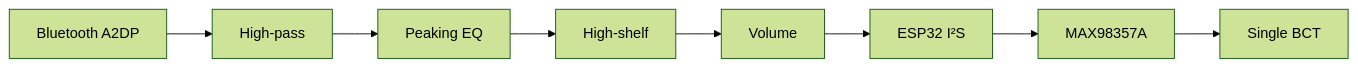
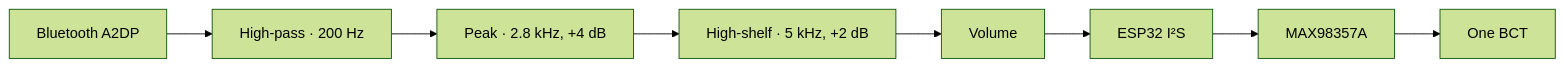
Before and after one commit to aarya-tanwade/bone-buds: the diagram in code/README.md, drawn with Mermaid (forest theme). The commit also changed other lines of this file, not shown here.

````diff
--- a/code/README.md
+++ b/code/README.md
@@ -16,10 +17,8 @@
 ```mermaid
 flowchart LR
-    A["Bluetooth A2DP"] --> B["High-pass"]
-    B --> C["Peaking EQ"]
-    C --> D["High-shelf"]
-    D --> E["Volume"]
-    E --> F["ESP32 I²S"]
-    F --> G["MAX98357A"]
-    G --> H["Single BCT"]
+    BT["Bluetooth A2DP"] --> HP["High-pass · 200 Hz"]
+    HP --> EQ["Peak · 2.8 kHz, +4 dB"]
+    EQ --> HS["High-shelf · 5 kHz, +2 dB"]
+    HS --> V["Volume"] --> I["ESP32 I²S"]
+    I --> AMP["MAX98357A"] --> BCT["One BCT"]
 ```
````
